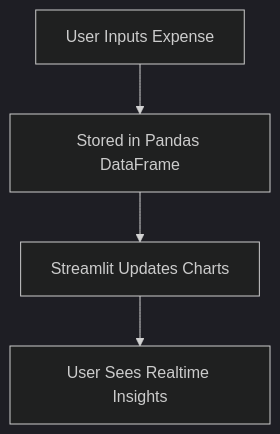
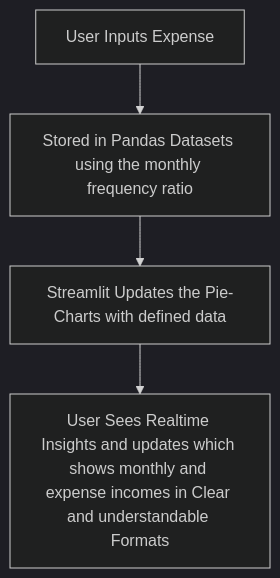
Before and after one commit to Contractor-x/Expense-Tracker-: the diagram in README.md, drawn with Mermaid (dark theme). The commit also changed other lines of this file, not shown here.

````diff
--- a/README.md
+++ b/README.md
@@ -72,6 +73,6 @@
 ```mermaid
 graph TD;
-    A[User Inputs Expense] --> B[Stored in Pandas DataFrame]
-    B --> C[Streamlit Updates Charts]
-    C --> D[User Sees Realtime Insights]
+    A[User Inputs Expense] --> B[Stored in Pandas Datasets using the monthly frequency ratio]
+    B --> C[Streamlit Updates the Pie-Charts with defined data]
+    C --> D[User Sees Realtime Insights and updates which shows monthly and expense incomes in Clear and understandable Formats]
 ```
````
